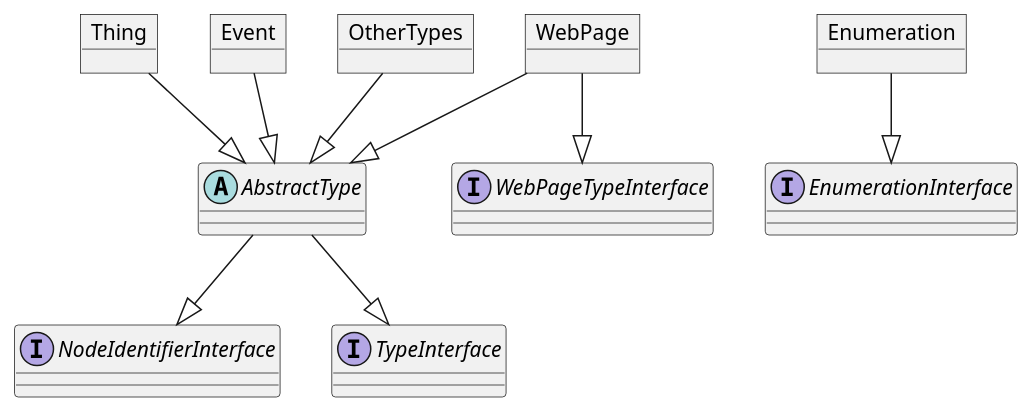
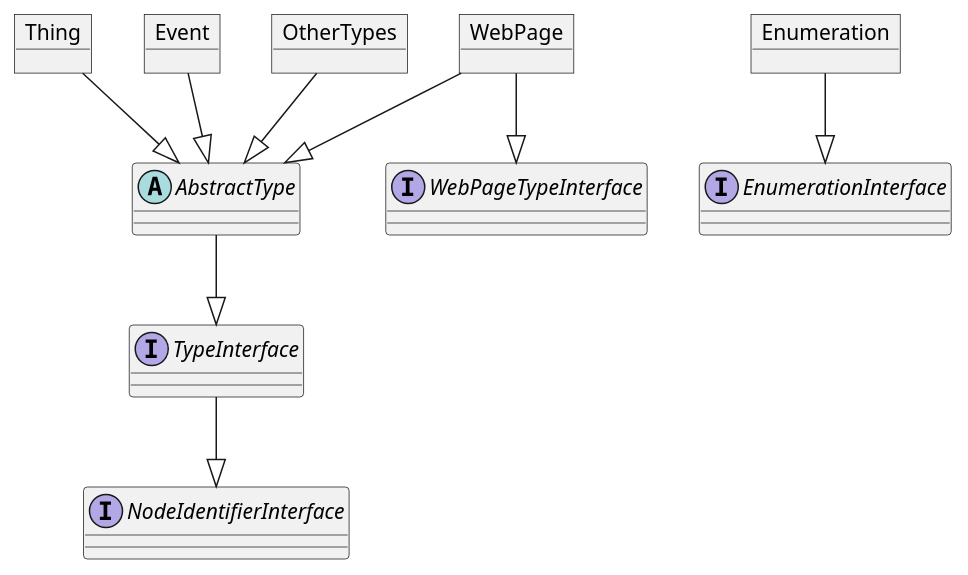
One commit to brotkrueml/schema changed the diagram in Documentation/Developer/Api.rst. Above: the diagram before and after it, drawn with PlantUML.

Commit message:
docs: correct inheritance chart for NodeIdentifierInterface

```diff
--- a/Documentation/Developer/Api.rst
+++ b/Documentation/Developer/Api.rst
@@ -256,22 +256,22 @@
 .. uml::
    :caption: Inheritance of the type models (namespaces are omitted for better readability)
 
    object Thing
    object Event
    object OtherTypes
    object WebPage
    object Enumeration
    abstract AbstractType
    interface NodeIdentifierInterface
    interface TypeInterface
    interface WebPageTypeInterface
    interface EnumerationInterface
 
    Thing --|> AbstractType
    Event --|> AbstractType
    OtherTypes --|> AbstractType
    WebPage --|> AbstractType
    AbstractType --|> TypeInterface
-   AbstractType --|> NodeIdentifierInterface
+   TypeInterface --|> NodeIdentifierInterface
    WebPage --|> WebPageTypeInterface
    Enumeration --|> EnumerationInterface
```
